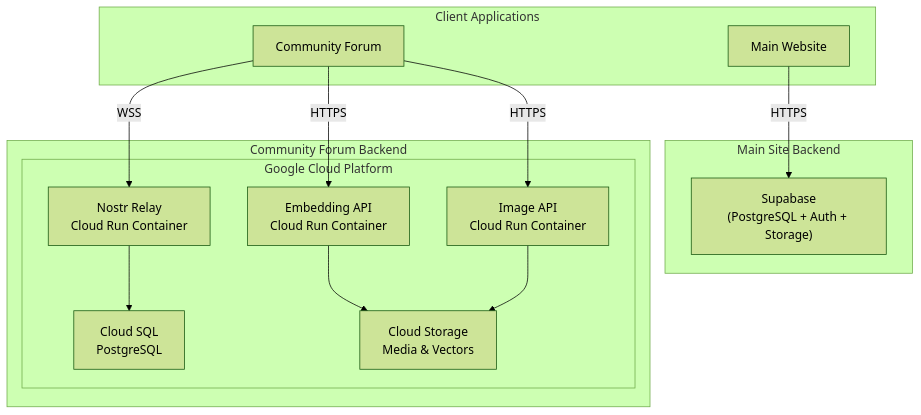
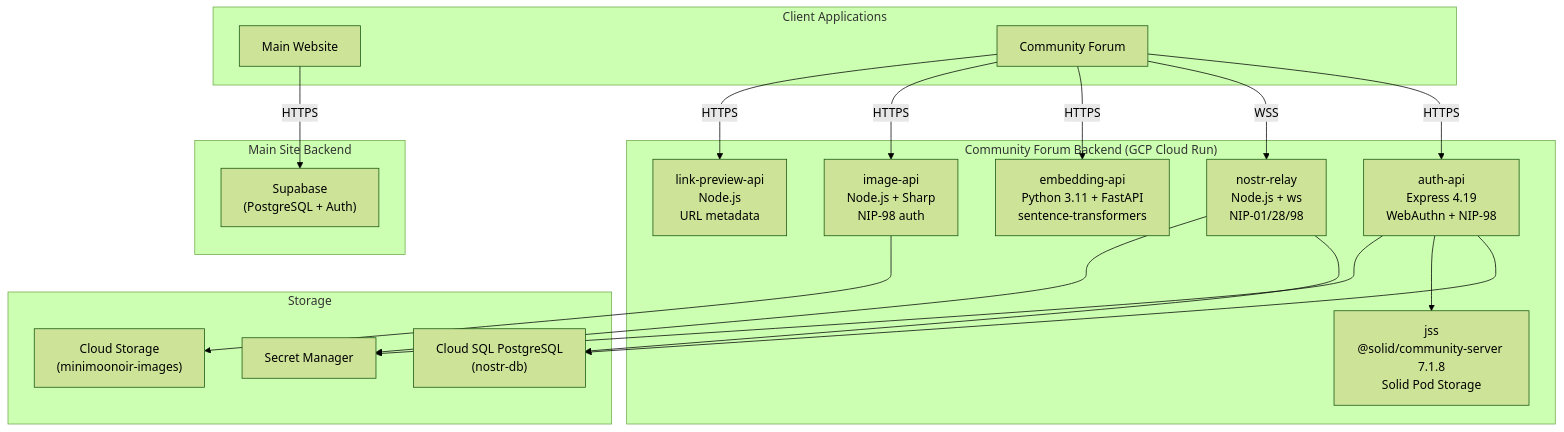
Before and after one commit to DreamLab-AI/dreamlab-ai-website: the first of 3 diagrams in docs/architecture/BACKEND_SERVICES.md, drawn with Mermaid (forest theme). The commit also changed other lines of this file and 49 other files, not shown here.

````diff
--- a/docs/architecture/BACKEND_SERVICES.md
+++ b/docs/architecture/BACKEND_SERVICES.md
@@ -15,29 +21,39 @@
 ```mermaid
 graph TB
     subgraph Main["Main Site Backend"]
-        Supabase["Supabase<br/>(PostgreSQL + Auth + Storage)"]
+        Supabase["Supabase<br/>(PostgreSQL + Auth)"]
     end
 
-    subgraph Community["Community Forum Backend"]
-        subgraph GCP["Google Cloud Platform"]
-            Relay["Nostr Relay<br/>Cloud Run Container"]
-            EmbedAPI["Embedding API<br/>Cloud Run Container"]
-            ImageAPI["Image API<br/>Cloud Run Container"]
-            CloudSQL["Cloud SQL<br/>PostgreSQL"]
-            CloudStorage["Cloud Storage<br/>Media & Vectors"]
-        end
+    subgraph Community["Community Forum Backend (GCP Cloud Run)"]
+        AuthAPI["auth-api<br/>Express 4.19<br/>WebAuthn + NIP-98"]
+        JSS["jss<br/>@solid/community-server 7.1.8<br/>Solid Pod Storage"]
+        Relay["nostr-relay<br/>Node.js + ws<br/>NIP-01/28/98"]
+        EmbedAPI["embedding-api<br/>Python 3.11 + FastAPI<br/>sentence-transformers"]
+        ImageAPI["image-api<br/>Node.js + Sharp<br/>NIP-98 auth"]
+        LinkAPI["link-preview-api<br/>Node.js<br/>URL metadata"]
+    end
+
+    subgraph Storage["Storage"]
+        CSQL["Cloud SQL PostgreSQL<br/>(nostr-db)"]
+        GCS["Cloud Storage<br/>(minimoonoir-images)"]
+        SM["Secret Manager"]
     end
 
     subgraph Clients["Client Applications"]
         MainSite["Main Website"]
         ForumApp["Community Forum"]
     end
 
     MainSite -->|HTTPS| Supabase
+    ForumApp -->|HTTPS| AuthAPI
     ForumApp -->|WSS| Relay
     ForumApp -->|HTTPS| EmbedAPI
     ForumApp -->|HTTPS| ImageAPI
-    Relay --> CloudSQL
-    EmbedAPI --> CloudStorage
-    ImageAPI --> CloudStorage
+    ForumApp -->|HTTPS| LinkAPI
+    AuthAPI --> CSQL
+    AuthAPI --> JSS
+    Relay --> CSQL
+    ImageAPI --> GCS
+    AuthAPI --> SM
+    Relay --> SM
 ```
````
